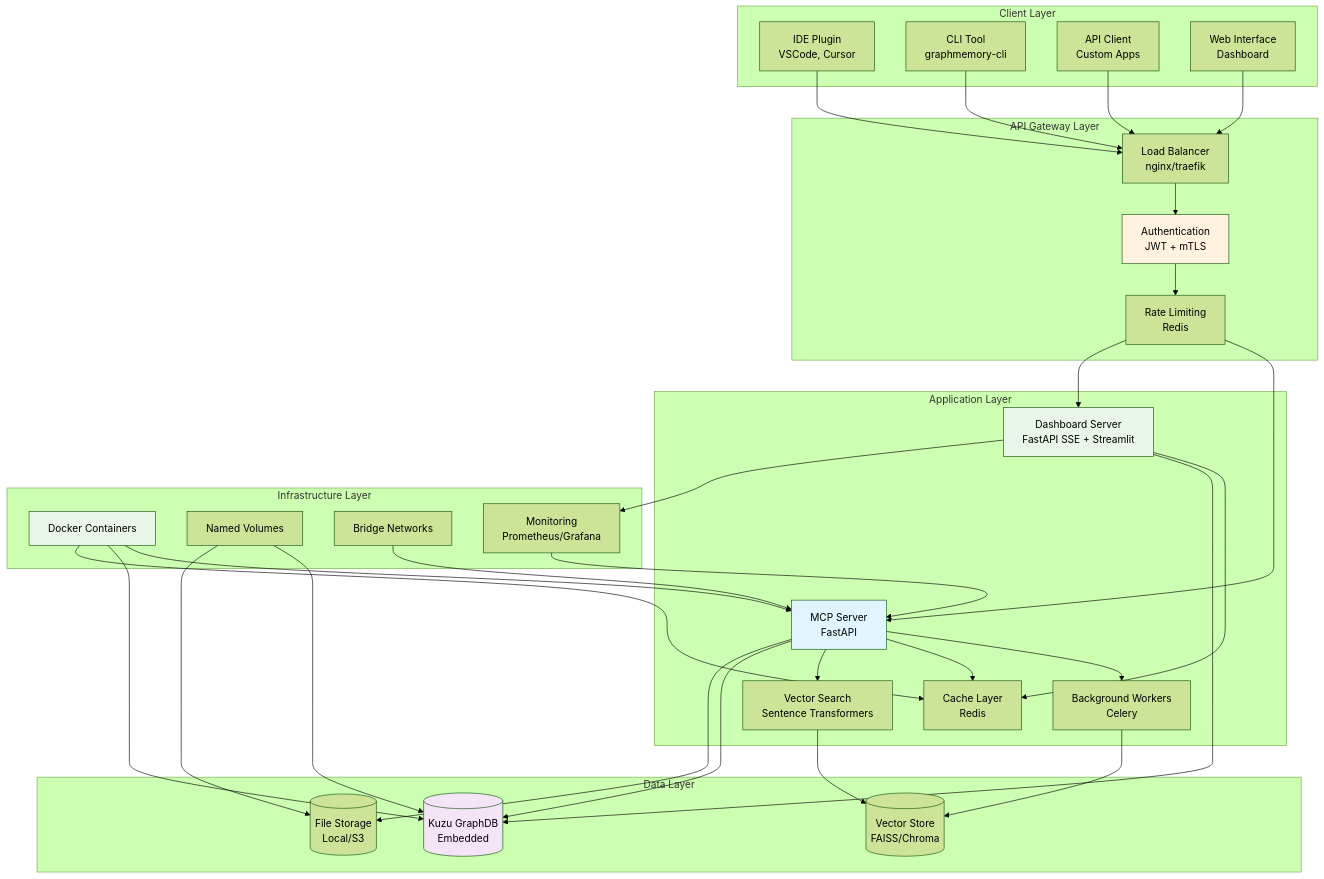
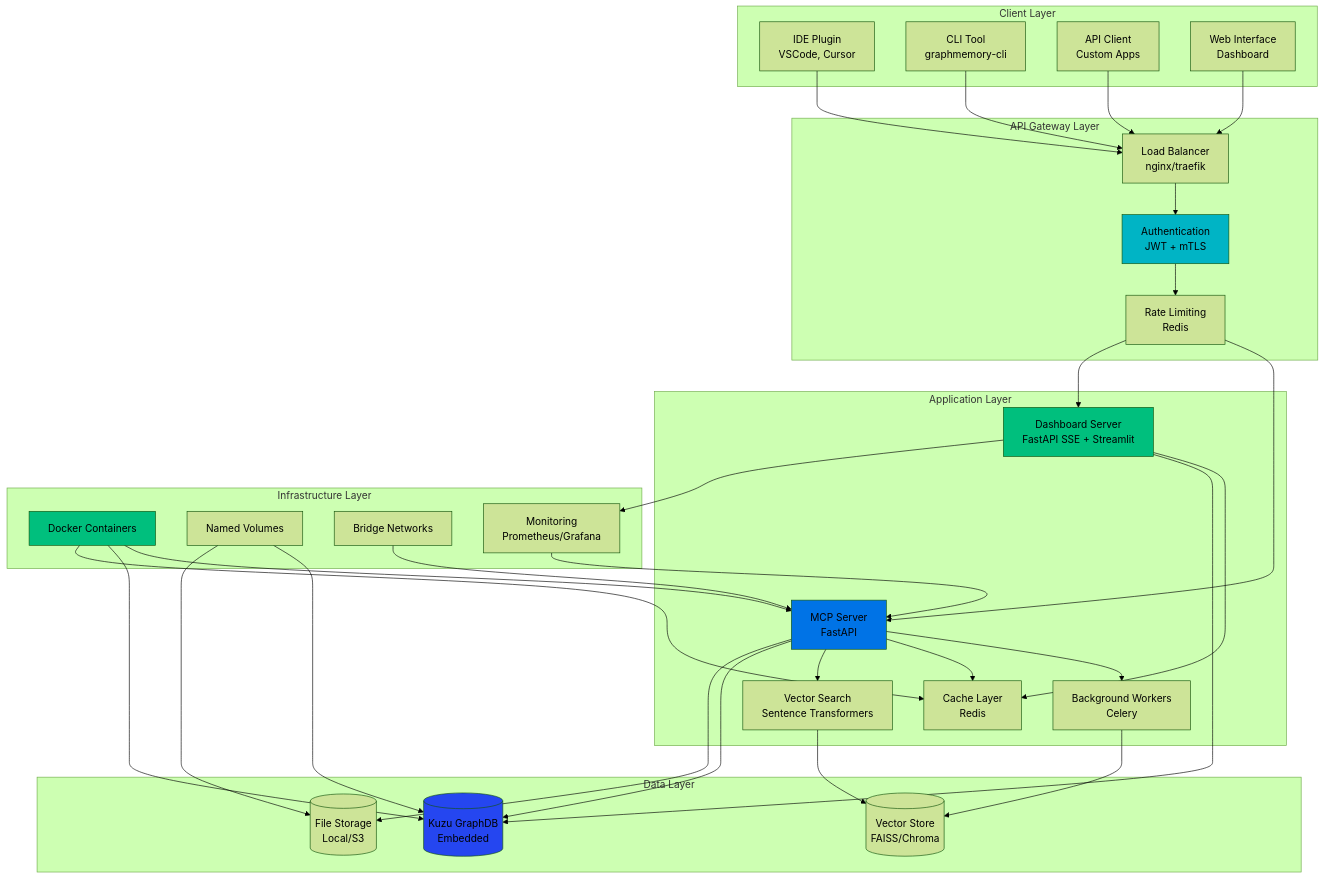
One commit to elementalcollision/GraphMemory-IDE changed the first of 17 diagrams in README.md. Above: the diagram before and after it, drawn with Mermaid (forest theme). The commit also changed other lines of this file, not shown here.

Commit message:
feat: Apply vibrant color palette to all Mermaid diagrams for improved readability and visual consistency

````diff
--- a/README.md
+++ b/README.md
@@ -91,73 +91,73 @@
 ```mermaid
 graph TB
     subgraph "Client Layer"
         IDE[IDE Plugin<br/>VSCode, Cursor]
         CLI[CLI Tool<br/>graphmemory-cli]
         API[API Client<br/>Custom Apps]
         WEB[Web Interface<br/>Dashboard]
     end
     
     subgraph "API Gateway Layer"
         LB[Load Balancer<br/>nginx/traefik]
         AUTH[Authentication<br/>JWT + mTLS]
         RATE[Rate Limiting<br/>Redis]
     end
     
     subgraph "Application Layer"
         MCP[MCP Server<br/>FastAPI]
         DASHBOARD[Dashboard Server<br/>FastAPI SSE + Streamlit]
         WORKER[Background Workers<br/>Celery]
         CACHE[Cache Layer<br/>Redis]
         SEARCH[Vector Search<br/>Sentence Transformers]
     end
     
     subgraph "Data Layer"
         KUZU[(Kuzu GraphDB<br/>Embedded)]
         VECTOR[(Vector Store<br/>FAISS/Chroma)]
         FILES[(File Storage<br/>Local/S3)]
     end
     
     subgraph "Infrastructure Layer"
         DOCKER[Docker Containers]
         VOLUMES[Named Volumes]
         NETWORK[Bridge Networks]
         MONITOR[Monitoring<br/>Prometheus/Grafana]
     end
     
     IDE --> LB
     CLI --> LB
     API --> LB
     WEB --> LB
     
     LB --> AUTH
     AUTH --> RATE
     RATE --> MCP
     RATE --> DASHBOARD
     
     MCP --> WORKER
     MCP --> CACHE
     MCP --> SEARCH
     MCP --> KUZU
     
     DASHBOARD --> CACHE
     DASHBOARD --> KUZU
     DASHBOARD --> MONITOR
     
     WORKER --> VECTOR
     SEARCH --> VECTOR
     MCP --> FILES
     
     DOCKER --> MCP
     DOCKER --> KUZU
     DOCKER --> CACHE
     VOLUMES --> KUZU
     VOLUMES --> FILES
     NETWORK --> MCP
     MONITOR --> MCP
     
-    style MCP fill:#e1f5fe
-    style KUZU fill:#f3e5f5
-    style AUTH fill:#fff3e0
-    style DOCKER fill:#e8f5e8
-    style DASHBOARD fill:#e8f5e8
+    style MCP fill:#0073e6
+    style KUZU fill:#2546f0
+    style AUTH fill:#00b4c5
+    style DOCKER fill:#00bf7d
+    style DASHBOARD fill:#00bf7d
 ```
````
